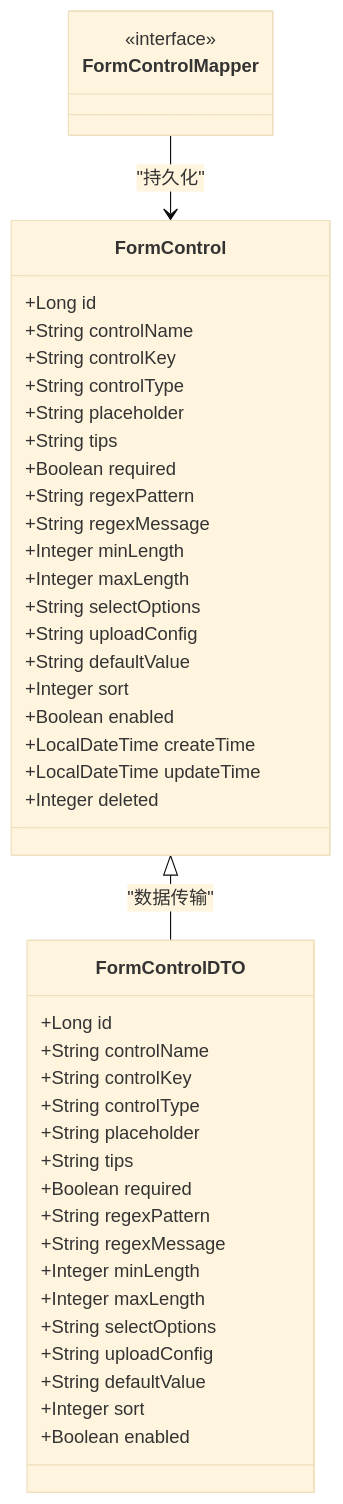
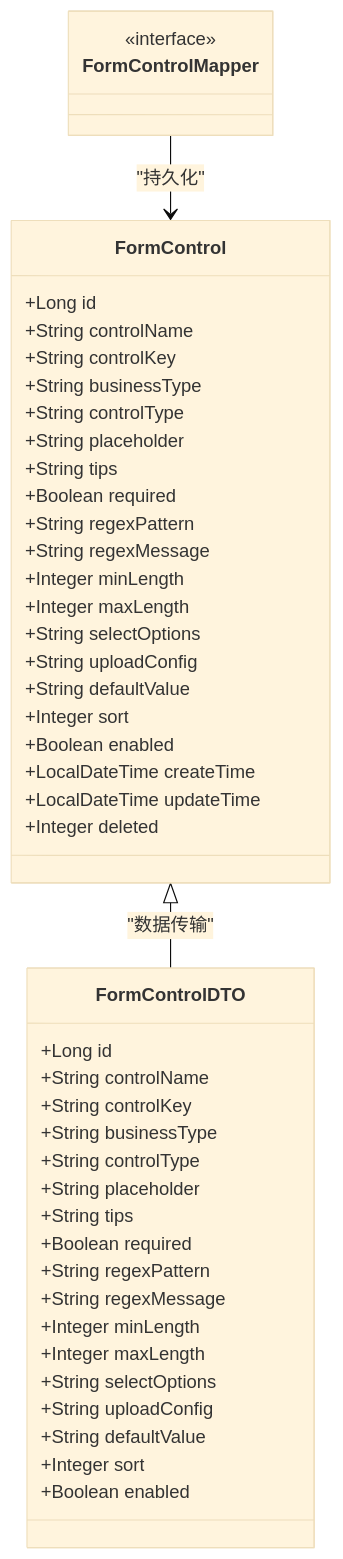
One commit to NJMrLi/genetics changed the fourth of 4 diagrams in .qoder/repowiki/zh/content/数据库设计/自定义控件表设计.md. Above: the diagram before and after it, drawn with Mermaid (base theme). The commit also changed other lines of this file and 19 other files, not shown here.

````diff
--- a/.qoder/repowiki/zh/content/数据库设计/自定义控件表设计.md
+++ b/.qoder/repowiki/zh/content/数据库设计/自定义控件表设计.md
@@ -236,47 +299,49 @@
 ```mermaid
 classDiagram
 class FormControl {
 +Long id
 +String controlName
 +String controlKey
++String businessType
 +String controlType
 +String placeholder
 +String tips
 +Boolean required
 +String regexPattern
 +String regexMessage
 +Integer minLength
 +Integer maxLength
 +String selectOptions
 +String uploadConfig
 +String defaultValue
 +Integer sort
 +Boolean enabled
 +LocalDateTime createTime
 +LocalDateTime updateTime
 +Integer deleted
 }
 class FormControlDTO {
 +Long id
 +String controlName
 +String controlKey
++String businessType
 +String controlType
 +String placeholder
 +String tips
 +Boolean required
 +String regexPattern
 +String regexMessage
 +Integer minLength
 +Integer maxLength
 +String selectOptions
 +String uploadConfig
 +String defaultValue
 +Integer sort
 +Boolean enabled
 }
 class FormControlMapper {
 <<interface>>
 }
 FormControl <|-- FormControlDTO : "数据传输"
 FormControlMapper --> FormControl : "持久化"
 ```
````
